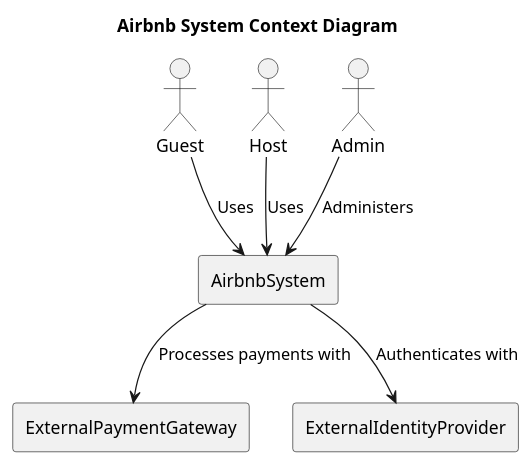
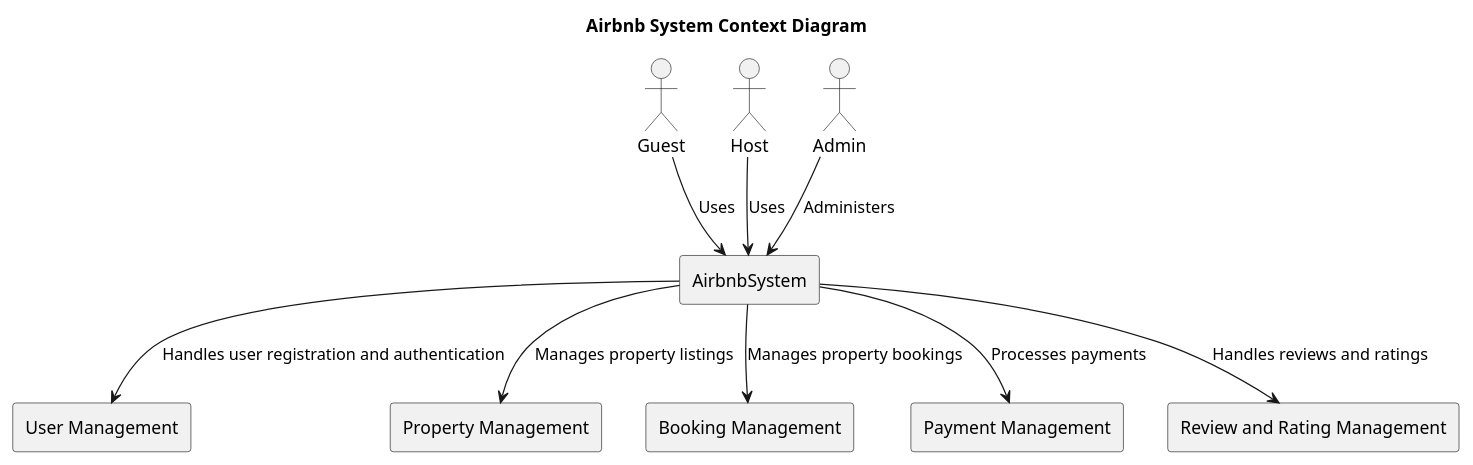
Before and after one commit to SWENGG4Y2024/SWENGG4Y2024Team02: the diagram in Context.puml, drawn with PlantUML.

```diff
--- a/Context.puml
+++ b/Context.puml
@@ -1,21 +1,33 @@
 @startuml
 title Airbnb System Context Diagram
 
 actor Guest
 actor Host
 actor Admin
 rectangle AirbnbSystem
 
 Guest --> AirbnbSystem : Uses
 Host --> AirbnbSystem : Uses
 Admin --> AirbnbSystem : Administers
 
-rectangle ExternalPaymentGateway {
-  AirbnbSystem --> ExternalPaymentGateway : Processes payments with
+rectangle "User Management" {
+  AirbnbSystem --> "User Management" : Handles user registration and authentication
 }
 
-rectangle ExternalIdentityProvider {
-  AirbnbSystem --> ExternalIdentityProvider : Authenticates with
+rectangle "Property Management" {
+  AirbnbSystem --> "Property Management" : Manages property listings
+}
+
+rectangle "Booking Management" {
+  AirbnbSystem --> "Booking Management" : Manages property bookings
+}
+
+rectangle "Payment Management" {
+  AirbnbSystem --> "Payment Management" : Processes payments
+}
+
+rectangle "Review and Rating Management" {
+  AirbnbSystem --> "Review and Rating Management" : Handles reviews and ratings
 }
 
 @enduml
```
